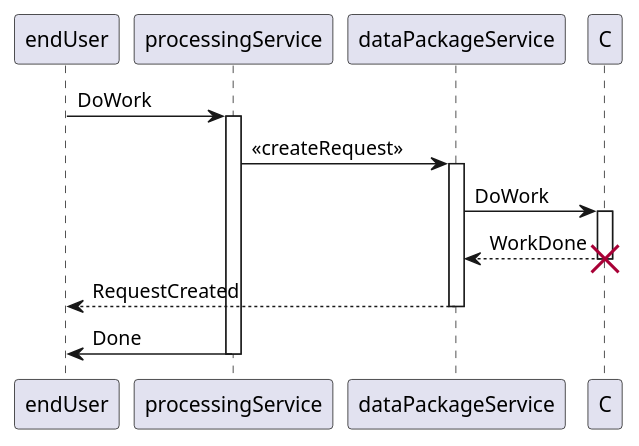
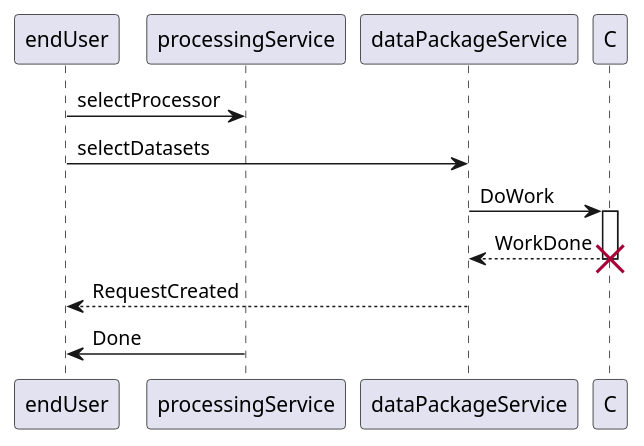
One commit to Terradue/doc-tep-geohazards-arch changed the sixth of 6 diagrams in source/enterprise/scope.rst. Above: the diagram before and after it, drawn with PlantUML.

```diff
--- a/source/enterprise/scope.rst
+++ b/source/enterprise/scope.rst
@@ -106,20 +106,20 @@
 .. uml::
 
        participant endUser
 
-       endUser -> processingService: DoWork
-       activate processingService
+       endUser -> processingService: selectProcessor
+       deactivate processingService
 
-       processingService -> dataPackageService: << createRequest >>
-       activate dataPackageService
+       endUser -> dataPackageService: selectDatasets
+       deactivate dataPackageService
 
        dataPackageService -> C: DoWork
        activate C
        C --> dataPackageService: WorkDone
        destroy C
 
        dataPackageService --> endUser: RequestCreated
        deactivate dataPackageService
 
        processingService -> endUser: Done
        deactivate processingService
```
